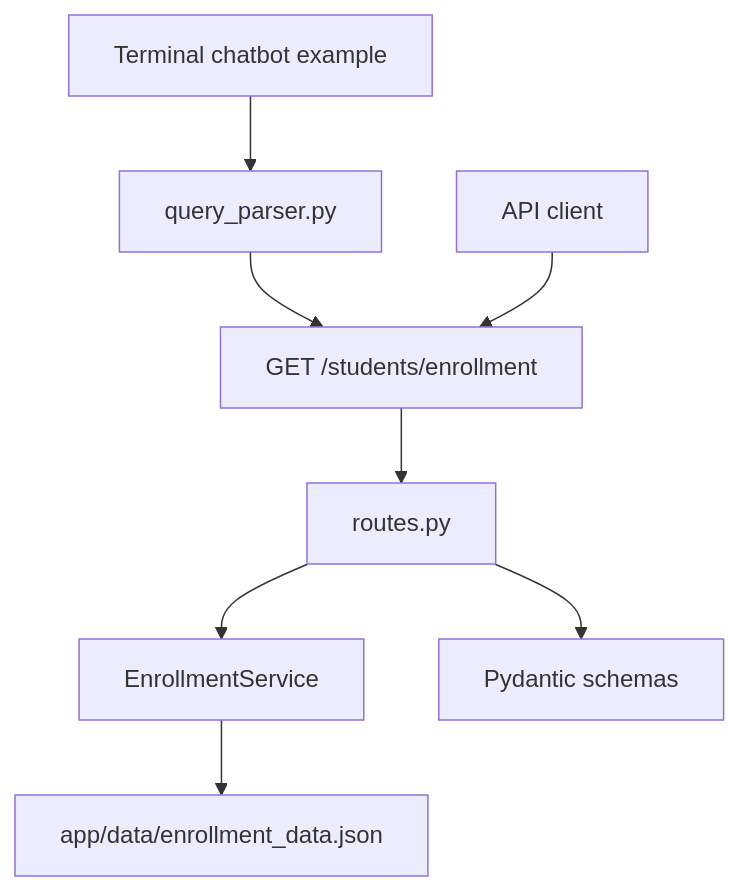
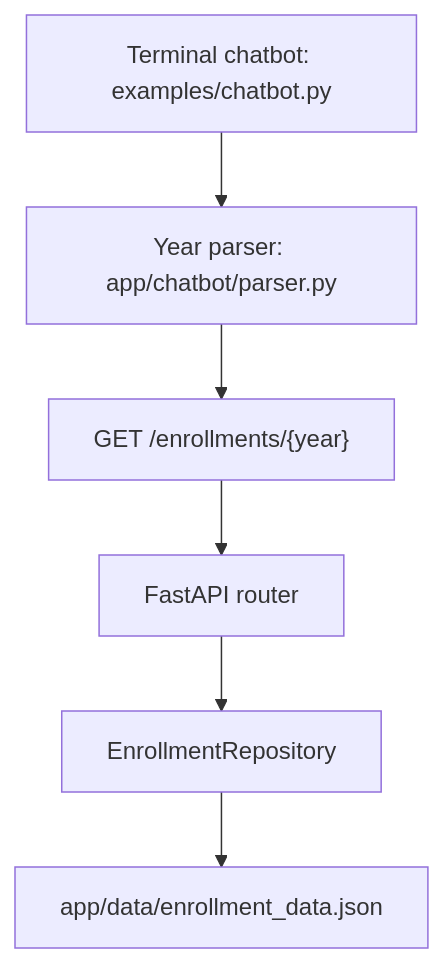
Before and after one commit to HadisArefanJazi/student-enrollment-api-chatbot: the diagram in README.md, drawn with Mermaid. The commit also changed other lines of this file and 25 other files, not shown here.

Commit message:
Refactor enrollment API into a validated read-only query service

````diff
--- a/README.md
+++ b/README.md
@@ -17,10 +9,8 @@
 ```mermaid
 flowchart TD
-    A["Terminal chatbot example"] --> B["query_parser.py"]
-    B --> C["GET /students/enrollment"]
-    D["API client"] --> C
-    C --> E["routes.py"]
-    E --> F["EnrollmentService"]
-    F --> G["app/data/enrollment_data.json"]
-    E --> H["Pydantic schemas"]
+    A["Terminal chatbot: examples/chatbot.py"] --> B["Year parser: app/chatbot/parser.py"]
+    B --> C["GET /enrollments/{year}"]
+    C --> D["FastAPI router"]
+    D --> E["EnrollmentRepository"]
+    E --> F["app/data/enrollment_data.json"]
 ```
````
